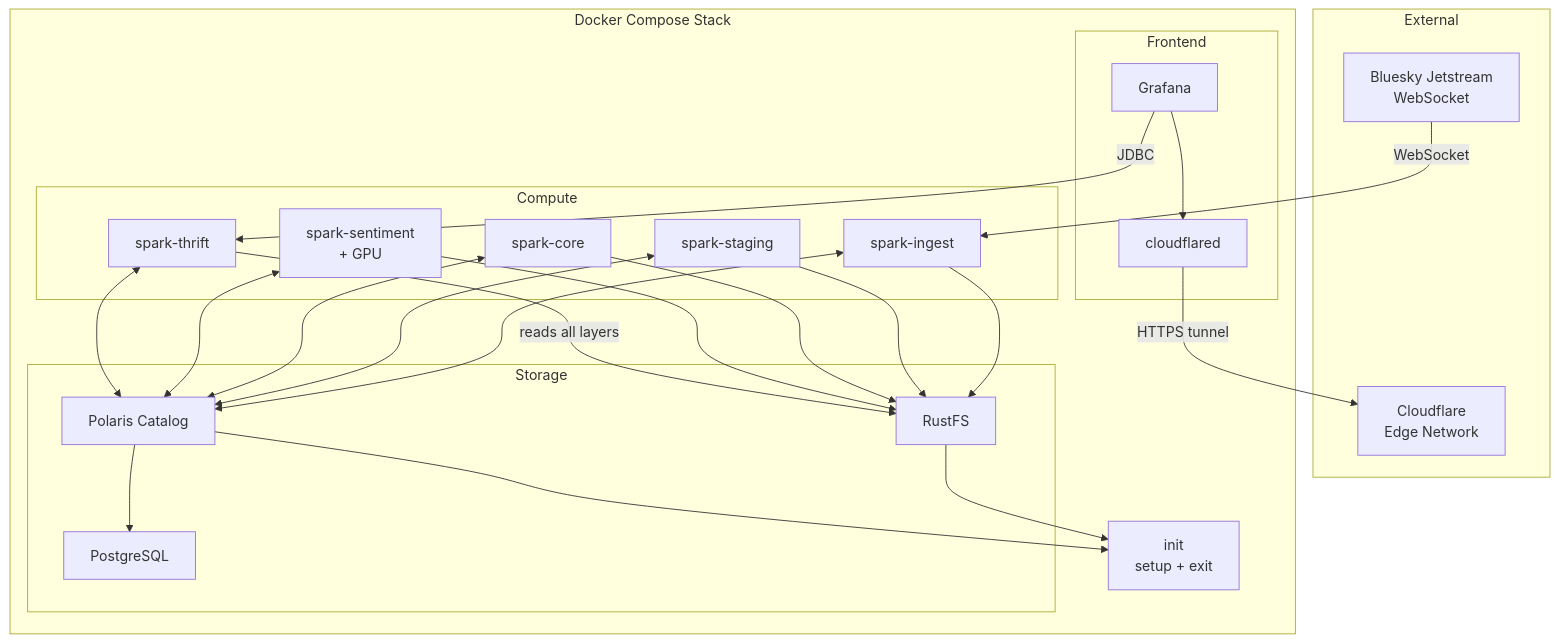
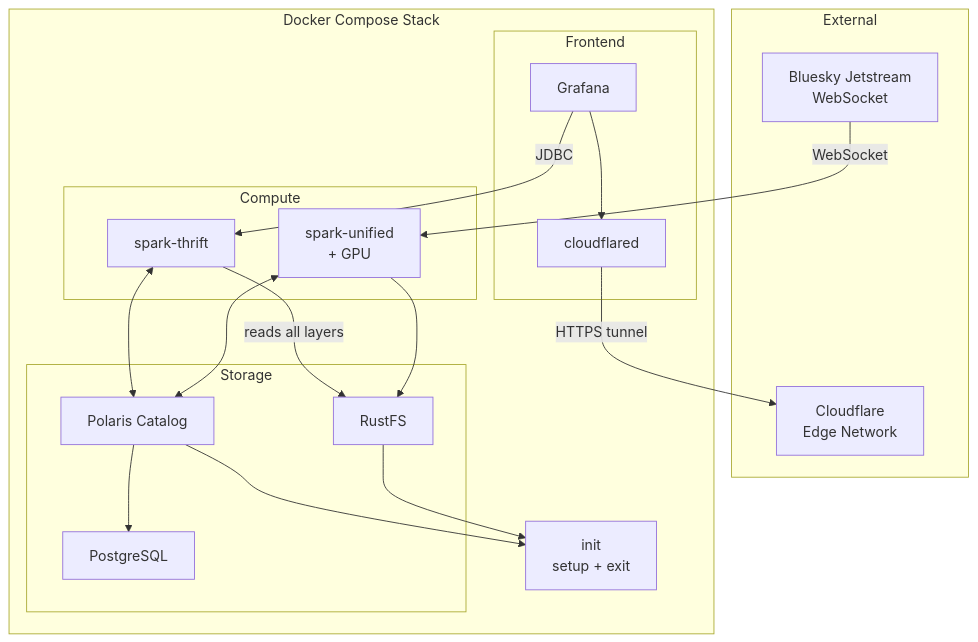
The first of 2 diagrams in docs/TRD.md (joshlizana/atomosphere), drawn with Mermaid before and after one commit. The commit also changed other lines of this file and 8 other files, not shown here.

First line of the commit message:
Update all documentation for unified architecture (4 containers → 1)

````diff
--- a/docs/TRD.md
+++ b/docs/TRD.md
@@ -256,40 +256,37 @@
 ```mermaid
 flowchart TD
     subgraph External
         JS[Bluesky Jetstream\nWebSocket]
         CF_EDGE[Cloudflare\nEdge Network]
     end
 
     subgraph Docker Compose Stack
         subgraph Compute
-            SI[spark-ingest]
-            SS[spark-staging]
-            SC[spark-core]
-            SM[spark-sentiment\n+ GPU]
+            SU[spark-unified\n+ GPU]
             ST[spark-thrift]
         end
 
         subgraph Storage
             RS[RustFS]
             PL[Polaris Catalog]
             PG[PostgreSQL]
         end
 
         subgraph Frontend
             GF[Grafana]
             CFD[cloudflared]
         end
 
         INIT[init\nsetup + exit]
     end
 
-    JS -->|WebSocket| SI
-    SI & SS & SC & SM --> RS
-    SI & SS & SC & SM & ST <--> PL
+    JS -->|WebSocket| SU
+    SU --> RS
+    SU & ST <--> PL
     PL --> PG
     ST -->|reads all layers| RS
     GF -->|JDBC| ST
     GF --> CFD
     CFD -->|HTTPS tunnel| CF_EDGE
     RS & PL --> INIT
 ```
````
